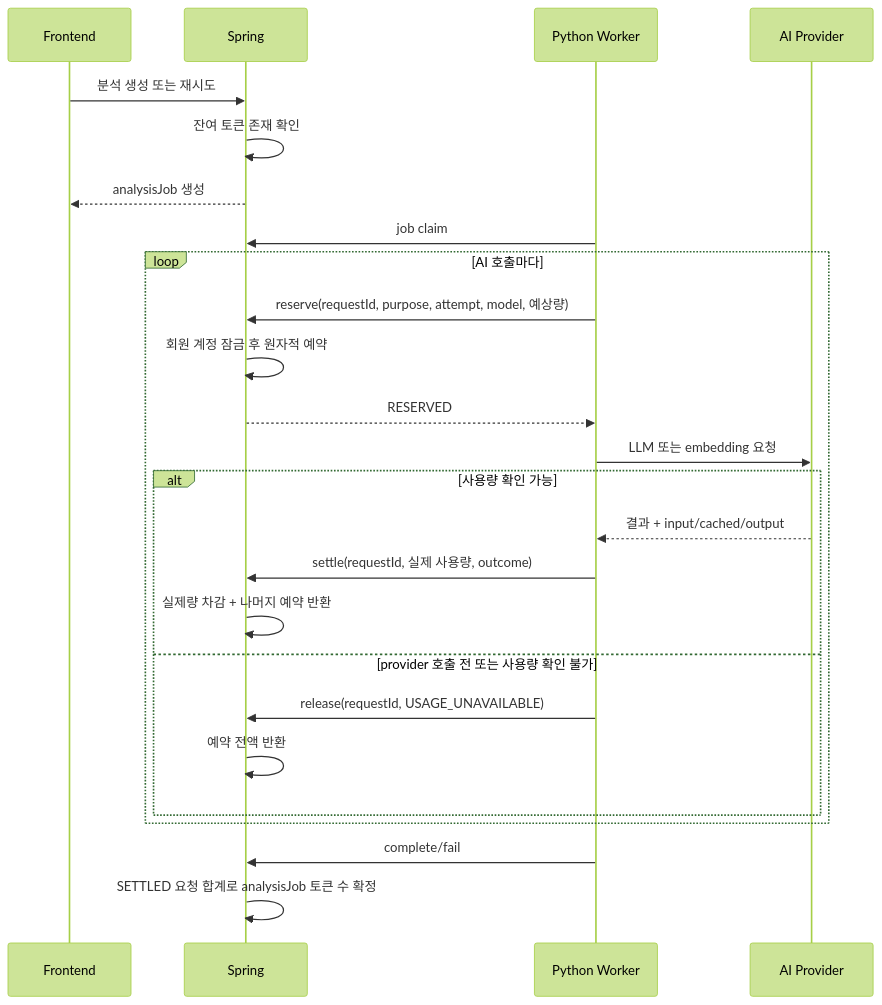
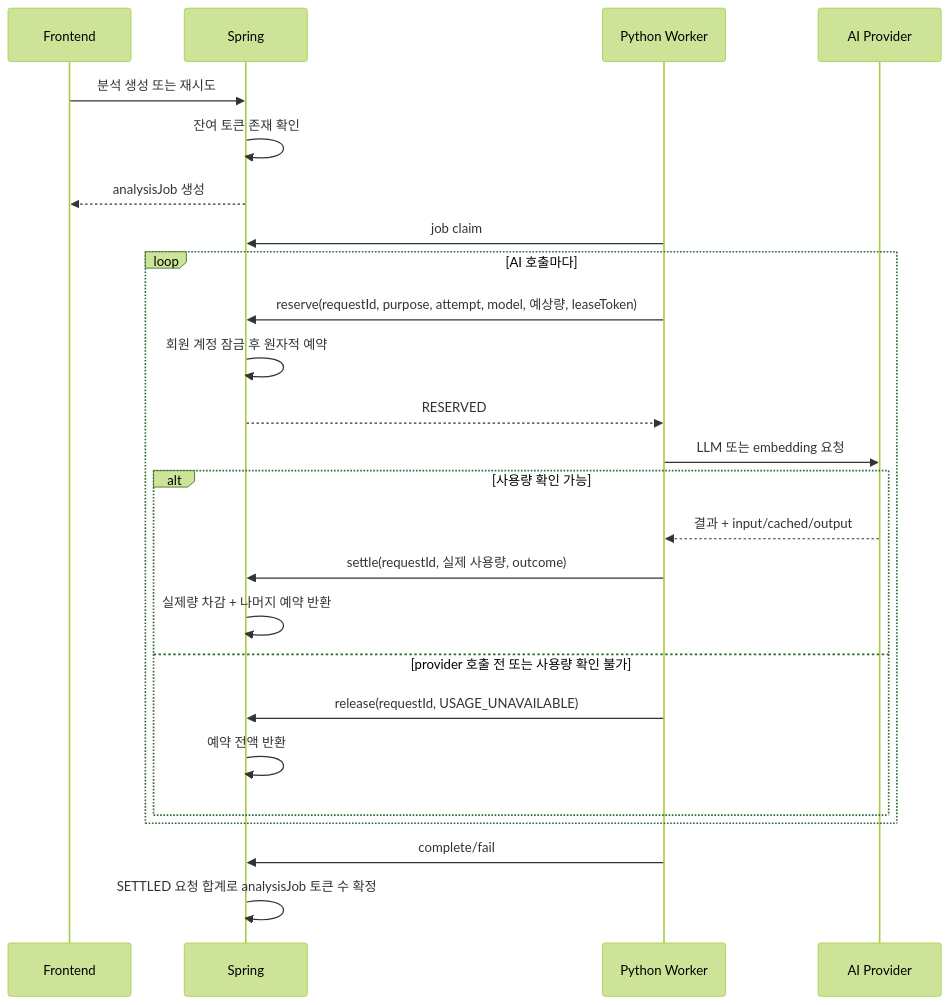
Before and after one commit to catchhole-soma/catchhole-backend-java: the diagram in docs/ai-token-usage.md, drawn with Mermaid (forest theme). The commit also changed other lines of this file and 4 other files, not shown here.

````diff
--- a/docs/ai-token-usage.md
+++ b/docs/ai-token-usage.md
@@ -34,28 +37,28 @@
 ```mermaid
 sequenceDiagram
     participant FE as Frontend
     participant BE as Spring
     participant Worker as Python Worker
     participant AI as AI Provider
 
     FE->>BE: 분석 생성 또는 재시도
     BE->>BE: 잔여 토큰 존재 확인
     BE-->>FE: analysisJob 생성
     Worker->>BE: job claim
     loop AI 호출마다
-        Worker->>BE: reserve(requestId, purpose, attempt, model, 예상량)
+        Worker->>BE: reserve(requestId, purpose, attempt, model, 예상량, leaseToken)
         BE->>BE: 회원 계정 잠금 후 원자적 예약
         BE-->>Worker: RESERVED
         Worker->>AI: LLM 또는 embedding 요청
         alt 사용량 확인 가능
             AI-->>Worker: 결과 + input/cached/output
             Worker->>BE: settle(requestId, 실제 사용량, outcome)
             BE->>BE: 실제량 차감 + 나머지 예약 반환
         else provider 호출 전 또는 사용량 확인 불가
             Worker->>BE: release(requestId, USAGE_UNAVAILABLE)
             BE->>BE: 예약 전액 반환
         end
     end
     Worker->>BE: complete/fail
     BE->>BE: SETTLED 요청 합계로 analysisJob 토큰 수 확정
 ```
````
